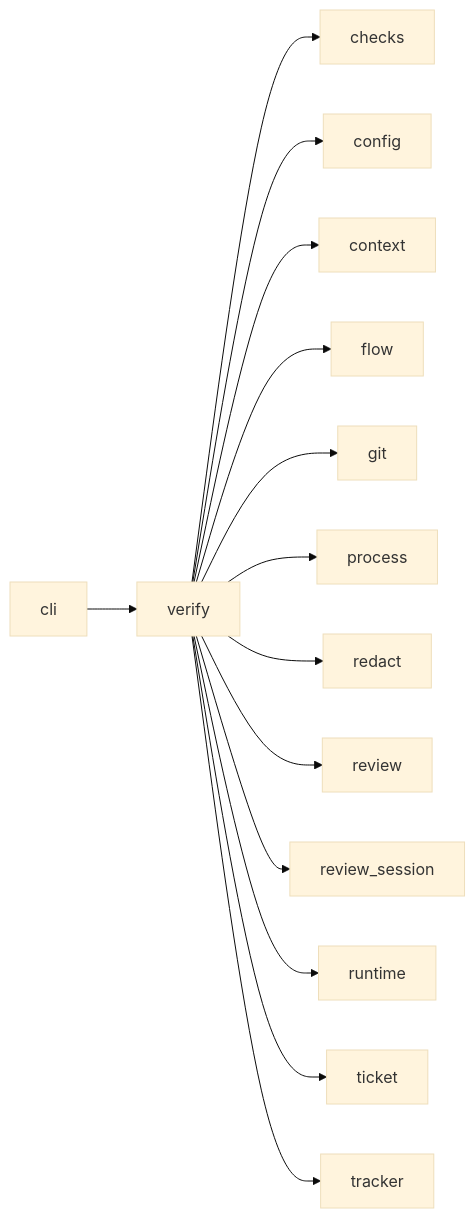
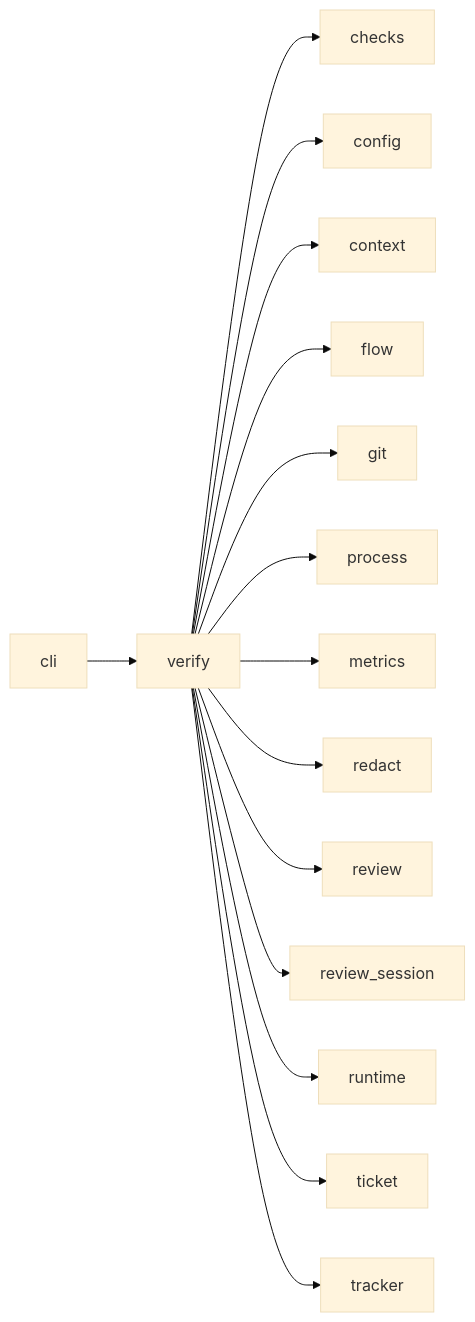
The diagram in docs/architecture/modules/verify.md (plaplanche/ariane), drawn with Mermaid (base theme) before and after one commit. The commit also changed other lines of this file and 15 other files, not shown here.

````diff
--- a/docs/architecture/modules/verify.md
+++ b/docs/architecture/modules/verify.md
@@ -15,16 +16,17 @@
 ```mermaid
 flowchart LR
   verify --> checks
   verify --> config
   verify --> context
   verify --> flow
   verify --> git
   verify --> process
+  verify --> metrics
   verify --> redact
   verify --> review
   verify --> review_session
   verify --> runtime
   verify --> ticket
   verify --> tracker
   cli --> verify
 ```
````
